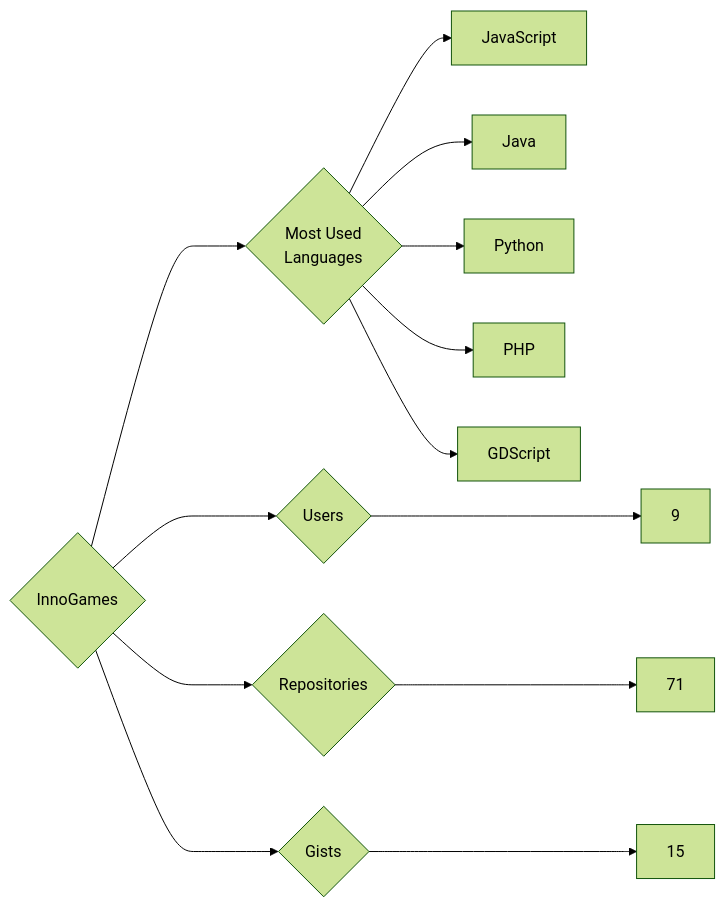
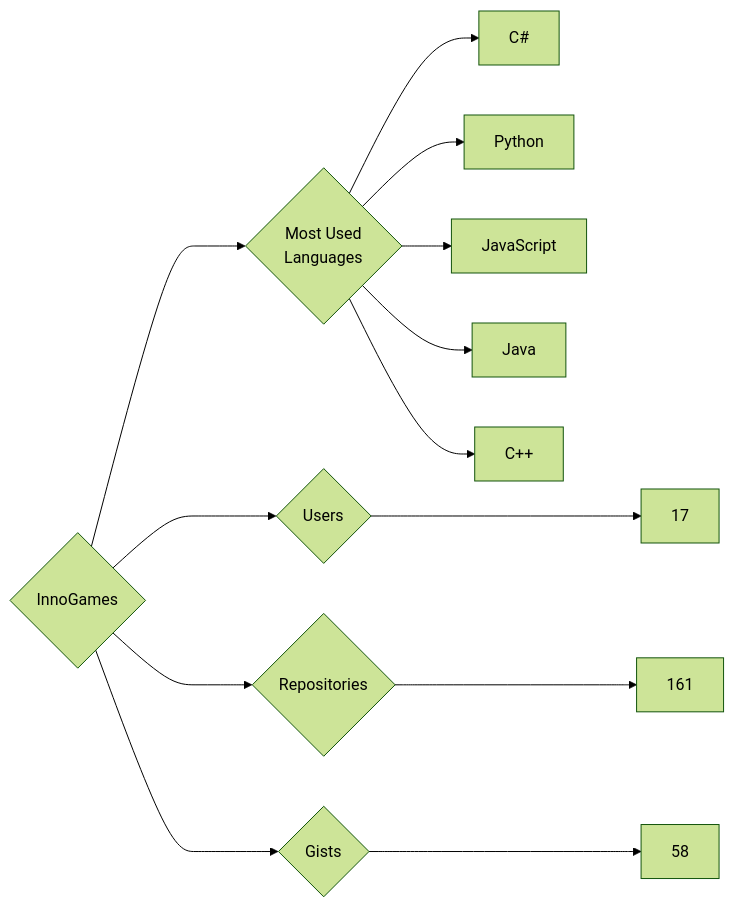
One commit to trickest/insiders changed the diagram in targets/InnoGames/README.md. Above: the diagram before and after it, drawn with Mermaid (forest theme). The commit also changed 823 other files, not shown here.

````diff
--- a/targets/InnoGames/README.md
+++ b/targets/InnoGames/README.md
@@ -3,13 +3,13 @@
 ```mermaid
 graph LR
 COMPANY_NAME{InnoGames}
-COMPANY_NAME ---> U{Users} ---> UN[9]
-COMPANY_NAME ---> R{Repositories} ---> RN[71]
-COMPANY_NAME ---> G{Gists} ---> GN[15]
+COMPANY_NAME ---> U{Users} ---> UN[17]
+COMPANY_NAME ---> R{Repositories} ---> RN[161]
+COMPANY_NAME ---> G{Gists} ---> GN[58]
 COMPANY_NAME ---> ML{Most Used<br>Languages}
+ML --> C#[C#]
+ML --> Python[Python]
 ML --> JavaScript[JavaScript]
 ML --> Java[Java]
-ML --> Python[Python]
-ML --> PHP[PHP]
-ML --> GDScript[GDScript]
+ML --> C++[C++]
 ```
````
